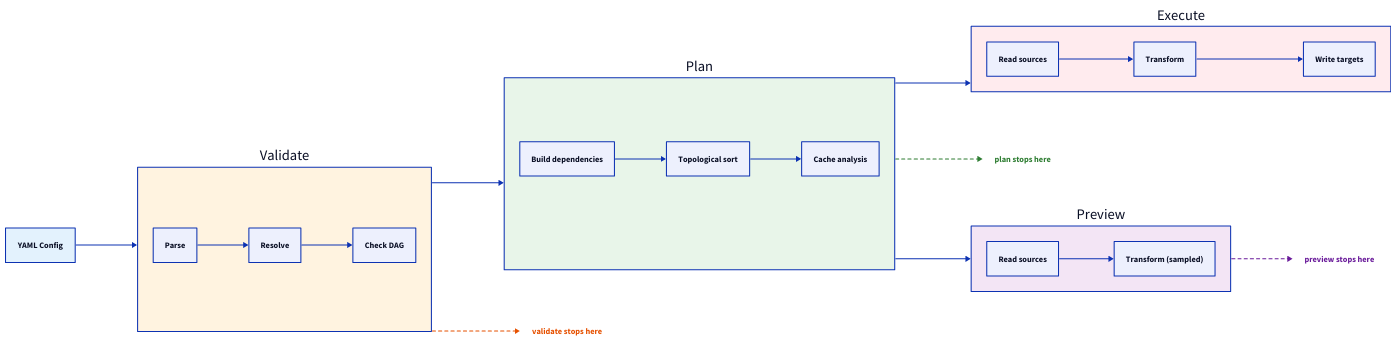
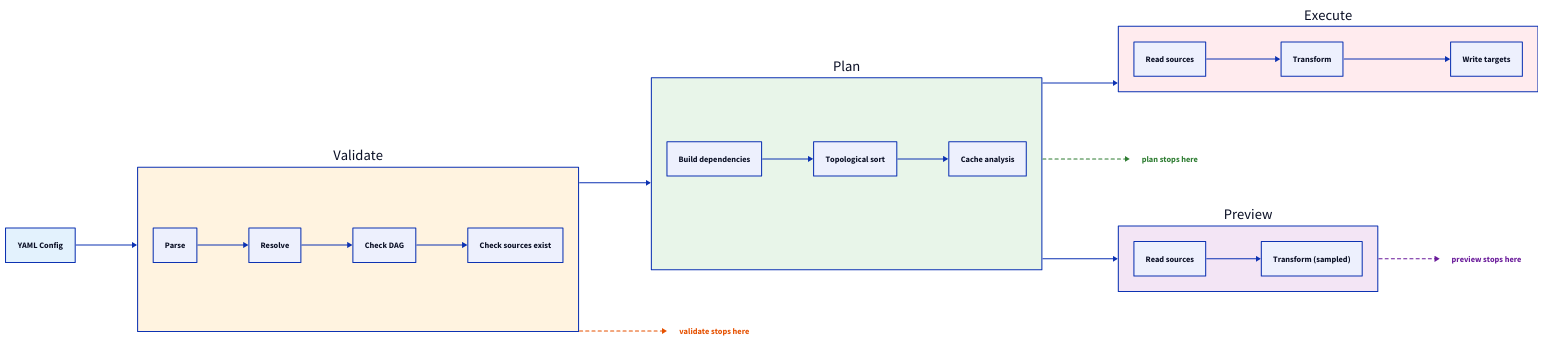
One commit to ardent-data/weevr changed the first of 2 diagrams in docs/concepts/execution-modes.md. Above: the diagram before and after it, drawn with D2. The commit also changed other lines of this file and 35 other files, not shown here.

````diff
--- a/docs/concepts/execution-modes.md
+++ b/docs/concepts/execution-modes.md
@@ -17,61 +17,62 @@
 ```d2
 direction: right
 
 config: YAML Config {style.fill: "#E3F2FD"}
 
 validate_phase: Validate {
   style.fill: "#FFF3E0"
   parse: Parse
   resolve: Resolve
   check: Check DAG
-  parse -> resolve -> check
+  exists: Check sources exist
+  parse -> resolve -> check -> exists
 }
 
 plan_phase: Plan {
   style.fill: "#E8F5E9"
   deps: Build dependencies
   topo: Topological sort
   cache: Cache analysis
   deps -> topo -> cache
 }
 
 preview_phase: Preview {
   style.fill: "#F3E5F5"
   read: Read sources
   transform: Transform (sampled)
   read -> transform
 }
 
 execute_phase: Execute {
   style.fill: "#FFEBEE"
   read_all: Read sources
   transform_all: Transform
   write: Write targets
   read_all -> transform_all -> write
 }
 
 config -> validate_phase
 validate_phase -> plan_phase
 plan_phase -> preview_phase
 plan_phase -> execute_phase
 
 validate_stop: "validate stops here" {
   style.fill: transparent
   style.stroke: transparent
   style.font-color: "#E65100"
 }
 plan_stop: "plan stops here" {
   style.fill: transparent
   style.stroke: transparent
   style.font-color: "#2E7D32"
 }
 preview_stop: "preview stops here" {
   style.fill: transparent
   style.stroke: transparent
   style.font-color: "#6A1B9A"
 }
 
 validate_phase -> validate_stop: {style.stroke-dash: 3; style.stroke: "#E65100"}
 plan_phase -> plan_stop: {style.stroke-dash: 3; style.stroke: "#2E7D32"}
 preview_phase -> preview_stop: {style.stroke-dash: 3; style.stroke: "#6A1B9A"}
 ```
````
